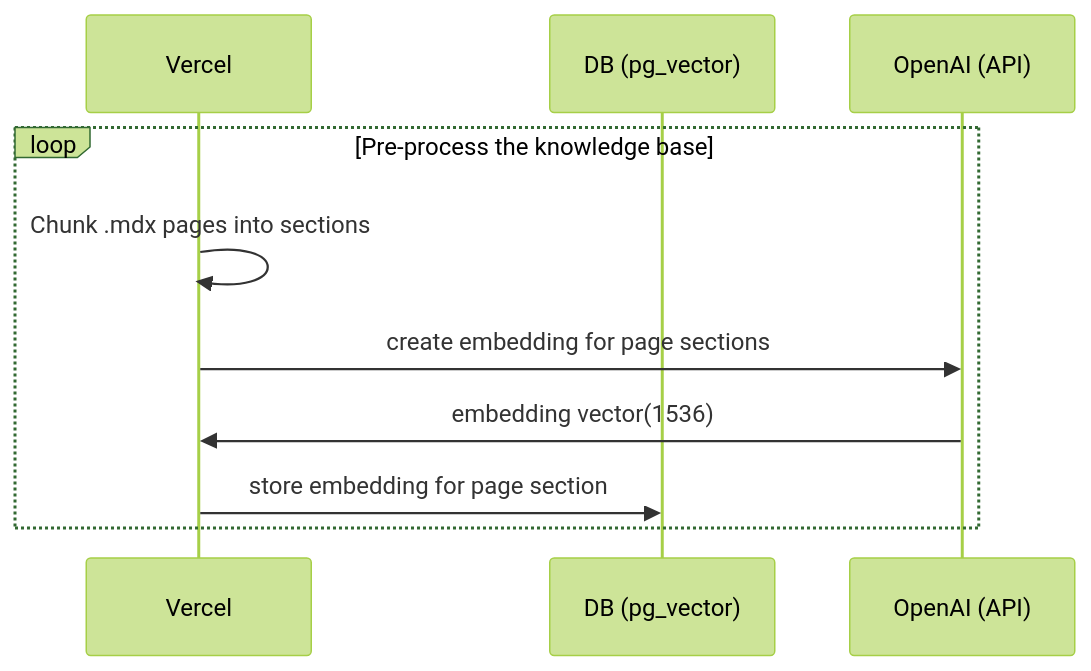
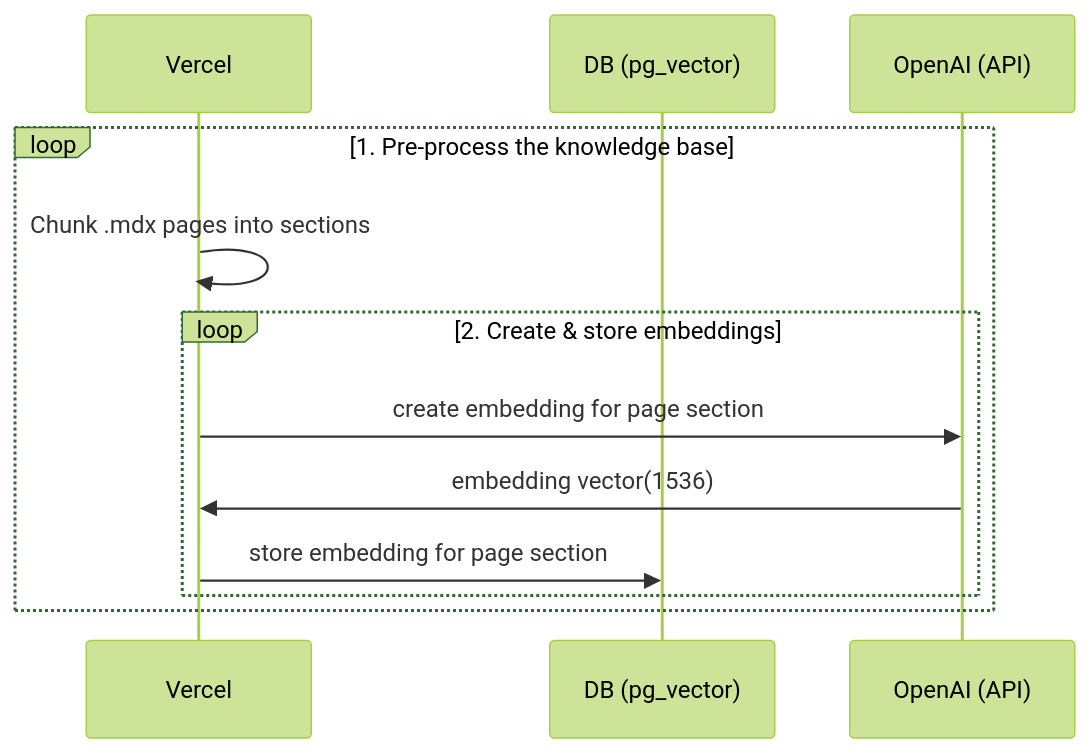
The first of 2 diagrams in README.md (supabase-community/nextjs-openai-doc-search), drawn with Mermaid (forest theme) before and after one commit. The commit also changed other lines of this file and 1 other file, not shown here.

````diff
--- a/README.md
+++ b/README.md
@@ -14,12 +14,14 @@
 ```mermaid
 sequenceDiagram
     participant Vercel
     participant DB (pg_vector)
     participant OpenAI (API)
-    loop Pre-process the knowledge base
+    loop 1. Pre-process the knowledge base
         Vercel->>Vercel: Chunk .mdx pages into sections
-        Vercel->>OpenAI (API): create embedding for page sections
-        OpenAI (API)->>Vercel: embedding vector(1536)
-        Vercel->>DB (pg_vector): store embedding for page section
+        loop 2. Create & store embeddings
+            Vercel->>OpenAI (API): create embedding for page section
+            OpenAI (API)->>Vercel: embedding vector(1536)
+            Vercel->>DB (pg_vector): store embedding for page section
+        end
     end
 ```
````
